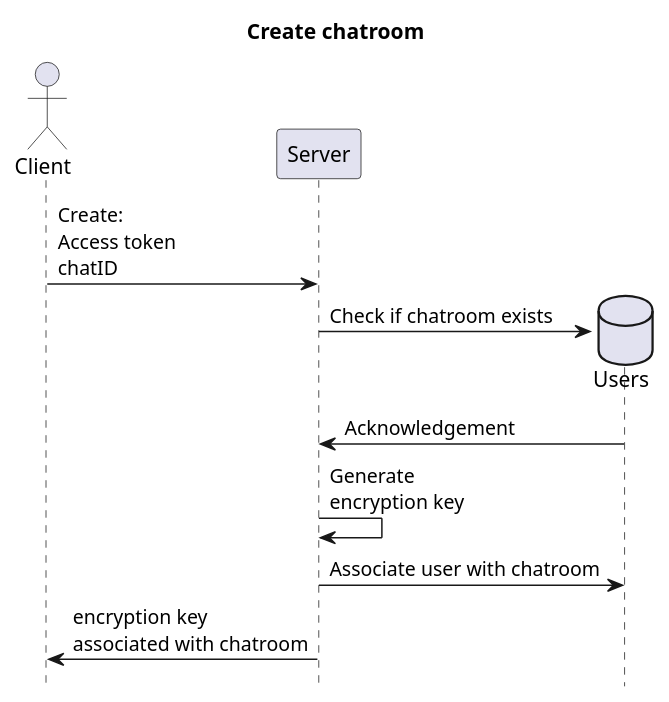
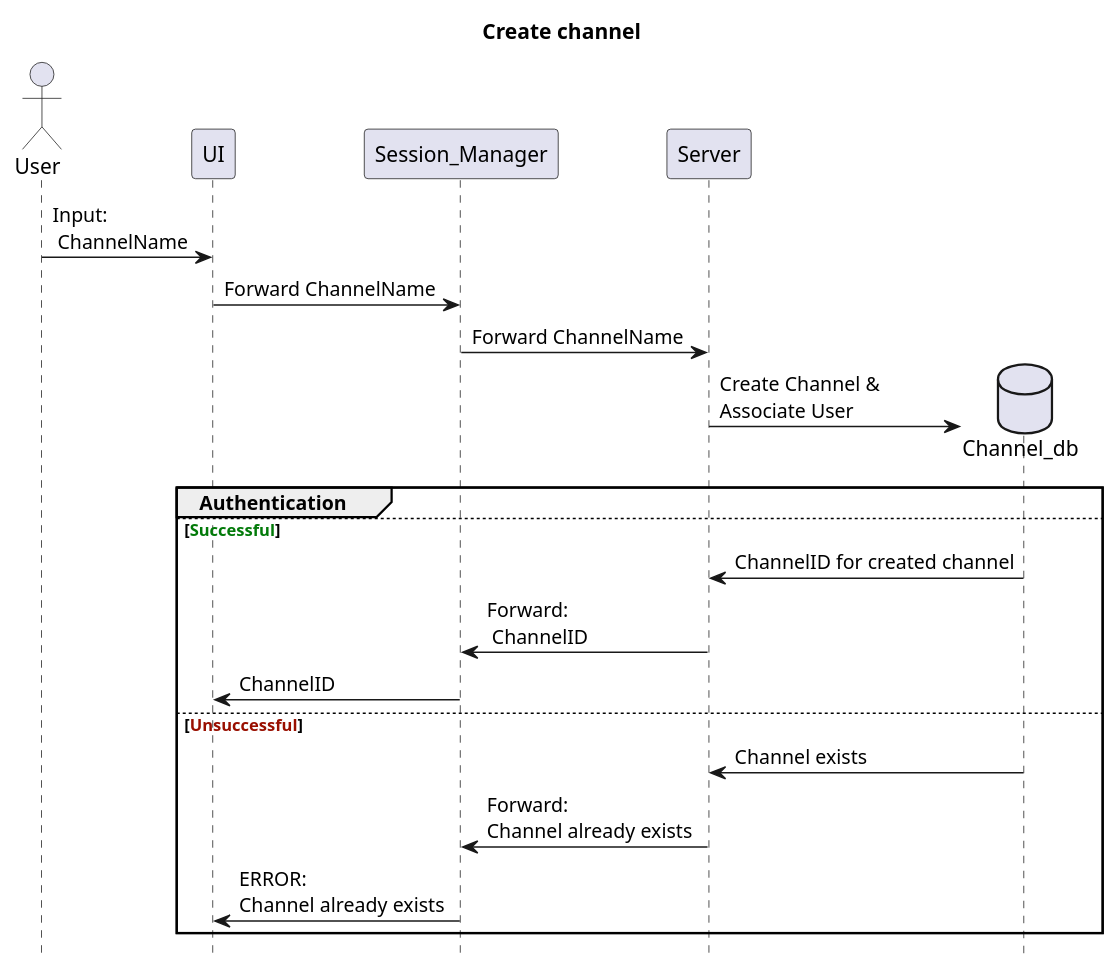
One commit to VVrongSide/P5-courses changed the diagram in OOADI/plantuml/SSD_create_chatroom.puml. Above: the diagram before and after it, drawn with PlantUML. The commit also changed 24 other files, not shown here.

```diff
--- a/OOADI/plantuml/SSD_create_chatroom.puml
+++ b/OOADI/plantuml/SSD_create_chatroom.puml
@@ -1,15 +1,26 @@
 @startuml
 hide footbox
-title Create chatroom
+title Create channel
 
-actor Client
+actor User
+participant UI
+participant Session_Manager
 participant Server
 
-Client -> Server : Create:\nAccess token\nchatID
-create database Users
-Server -> Users: Check if chatroom exists
-Users -> Server: Acknowledgement
-Server -> Server: Generate\nencryption key
-Server -> Users: Associate user with chatroom
-Server -> Client: encryption key\nassociated with chatroom
+User -> UI: Input:\n ChannelName
+UI -> Session_Manager:Forward ChannelName
+Session_Manager-> Server:Forward ChannelName
+create database Channel_db
+Server -> Channel_db: Create Channel &\nAssociate User
+group Authentication
+else <color #027a09>Successful</color>
+        Channel_db -> Server: ChannelID for created channel
+        Server -> Session_Manager: Forward:\n ChannelID
+        Session_Manager -> UI: ChannelID
+
+else <color #990f00>Unsuccessful</color>
+        Channel_db -> Server: Channel exists
+        Server -> Session_Manager: Forward:\nChannel already exists
+        Session_Manager -> UI: ERROR:\nChannel already exists
+end
 @enduml
```
